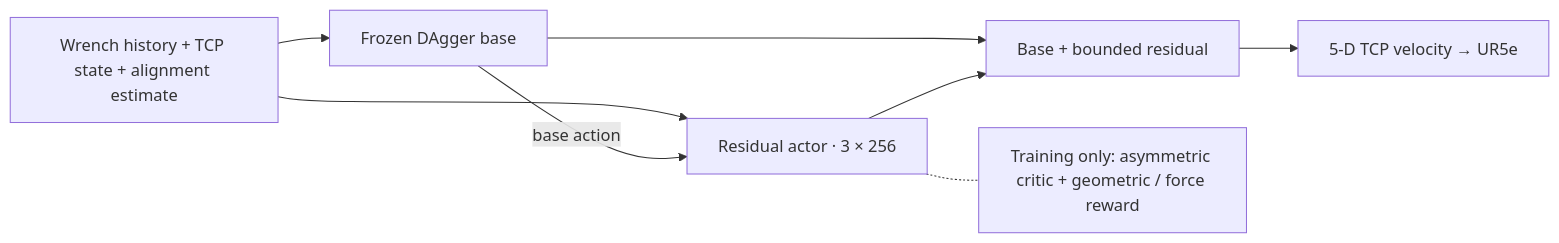
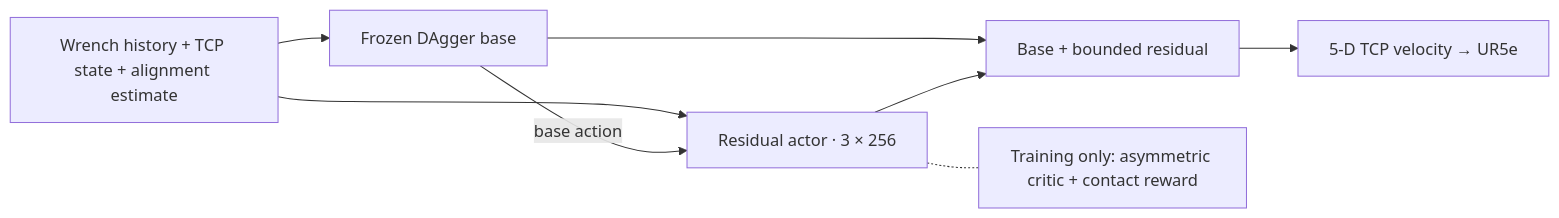
Before and after one commit to ur10/force-sim2real-ur5e: the first of 2 diagrams in README.md, drawn with Mermaid. The commit also changed other lines of this file, not shown here.

````diff
--- a/README.md
+++ b/README.md
@@ -32,10 +34,10 @@
 ```mermaid
 flowchart LR
     O["Wrench history + TCP state + alignment estimate"] --> B["Frozen DAgger base"]
     O --> A["Residual actor · 3 × 256"]
     B -->|base action| A
     B --> S["Base + bounded residual"]
     A --> S
     S --> R["5-D TCP velocity → UR5e"]
-    A -.- T["Training only: asymmetric critic + geometric / force reward"]
+    A -.- T["Training only: asymmetric critic + contact reward"]
 ```
````
